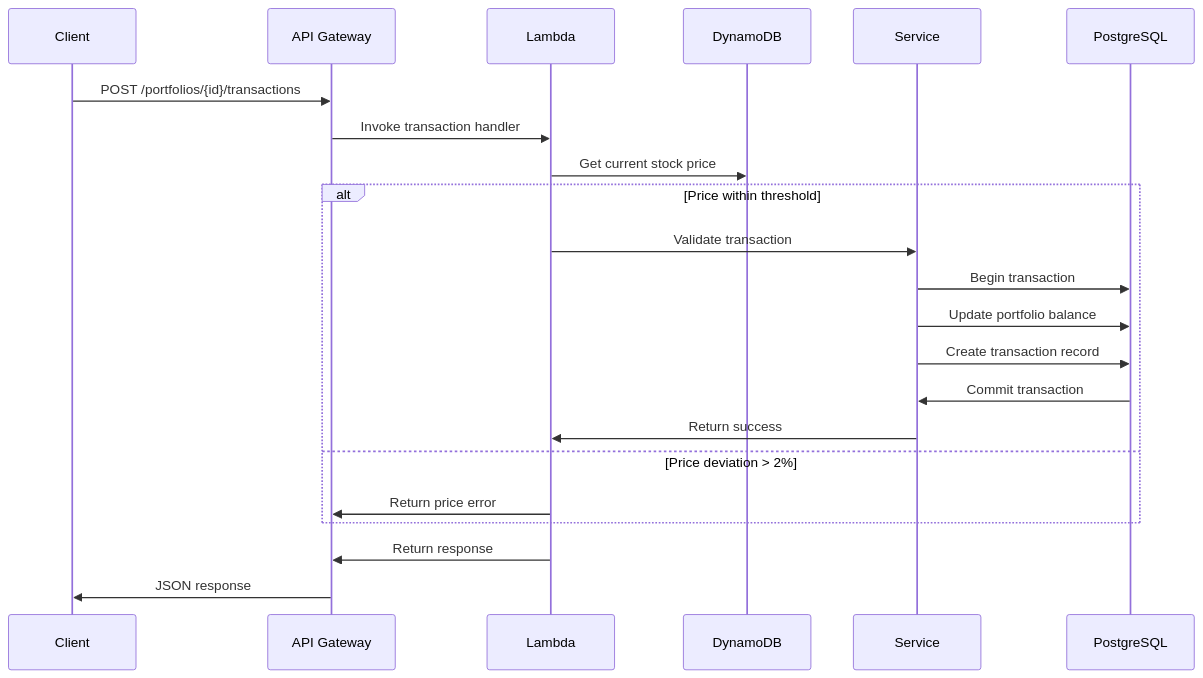
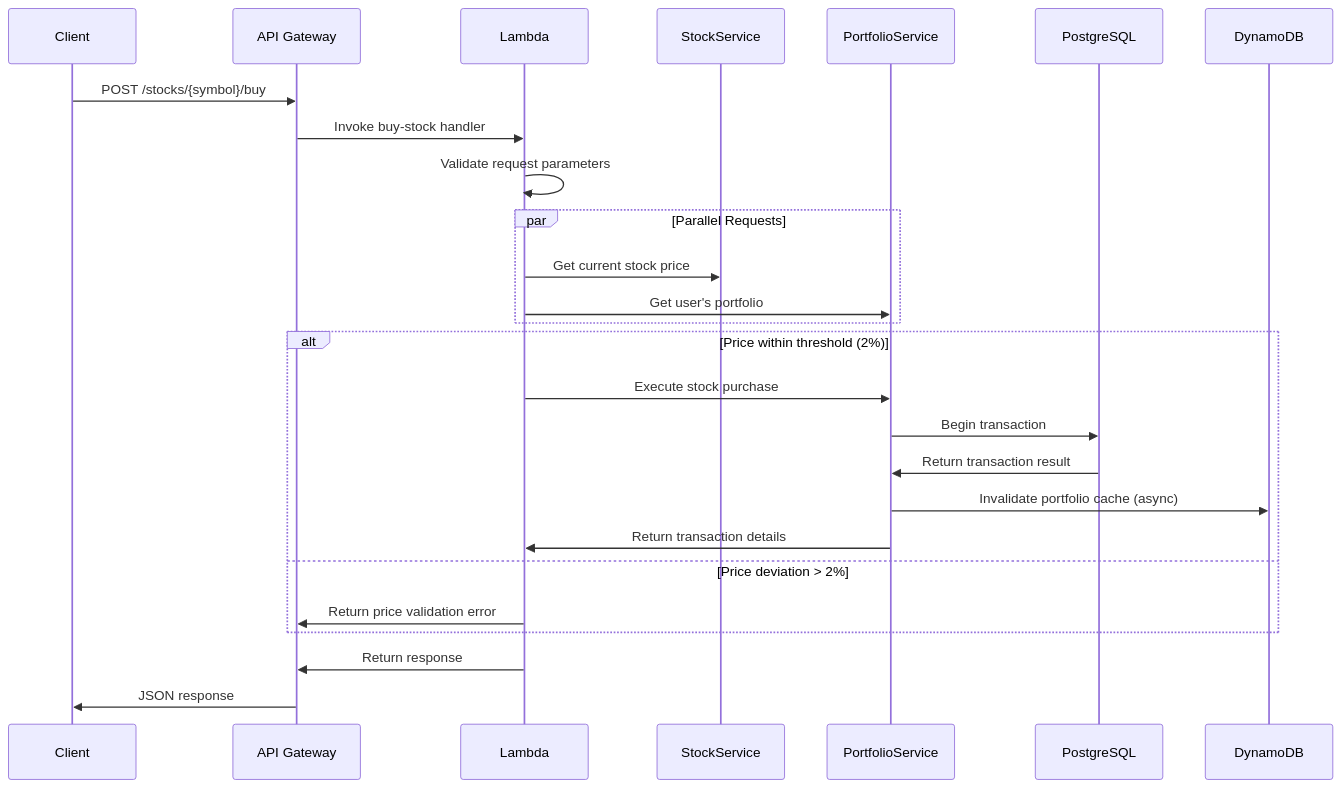
The fourth of 5 diagrams in REPORT.md (meca1/fuse-stock-trading-service), drawn with Mermaid before and after one commit. The commit also changed other lines of this file, not shown here.

Commit message:
docs(REPORT): enhance stock endpoint documentation with detailed caching, pagination, and transaction handling strategies; update sequence diagrams for clarity

````diff
--- a/REPORT.md
+++ b/REPORT.md
@@ -132,18 +147,26 @@
 ```mermaid
 sequenceDiagram
-    Client->>API Gateway: POST /portfolios/{id}/transactions
-    API Gateway->>Lambda: Invoke transaction handler
-    Lambda->>DynamoDB: Get current stock price
-    alt Price within threshold
-        Lambda->>Service: Validate transaction
-        Service->>PostgreSQL: Begin transaction
-        Service->>PostgreSQL: Update portfolio balance
-        Service->>PostgreSQL: Create transaction record
-        PostgreSQL->>Service: Commit transaction
-        Service->>Lambda: Return success
+    Client->>API Gateway: POST /stocks/{symbol}/buy
+    API Gateway->>Lambda: Invoke buy-stock handler
+    Lambda->>Lambda: Validate request parameters
+    
+    par Parallel Requests
+        Lambda->>StockService: Get current stock price
+        Lambda->>PortfolioService: Get user's portfolio
+    end
+    
+    alt Price within threshold (2%)
+        Lambda->>PortfolioService: Execute stock purchase
+        PortfolioService->>PostgreSQL: Begin transaction
+        PostgreSQL->>PortfolioService: Return transaction result
+        
+        PortfolioService->>DynamoDB: Invalidate portfolio cache (async)
+        
+        PortfolioService->>Lambda: Return transaction details
     else Price deviation > 2%
-        Lambda->>API Gateway: Return price error
+        Lambda->>API Gateway: Return price validation error
     end
+    
     Lambda->>API Gateway: Return response
     API Gateway->>Client: JSON response
 ```
````
